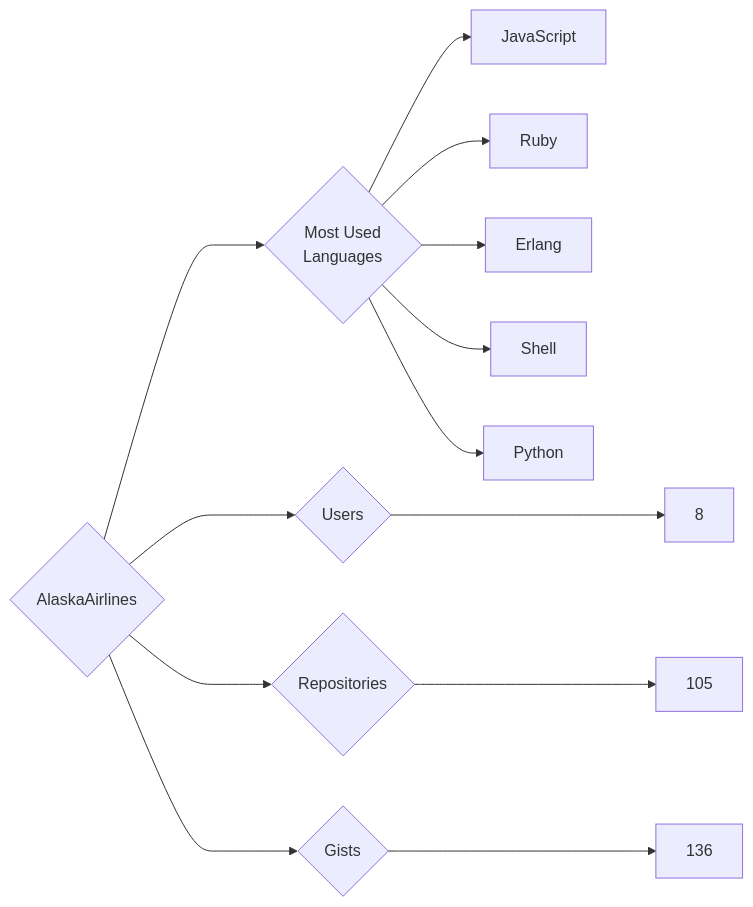
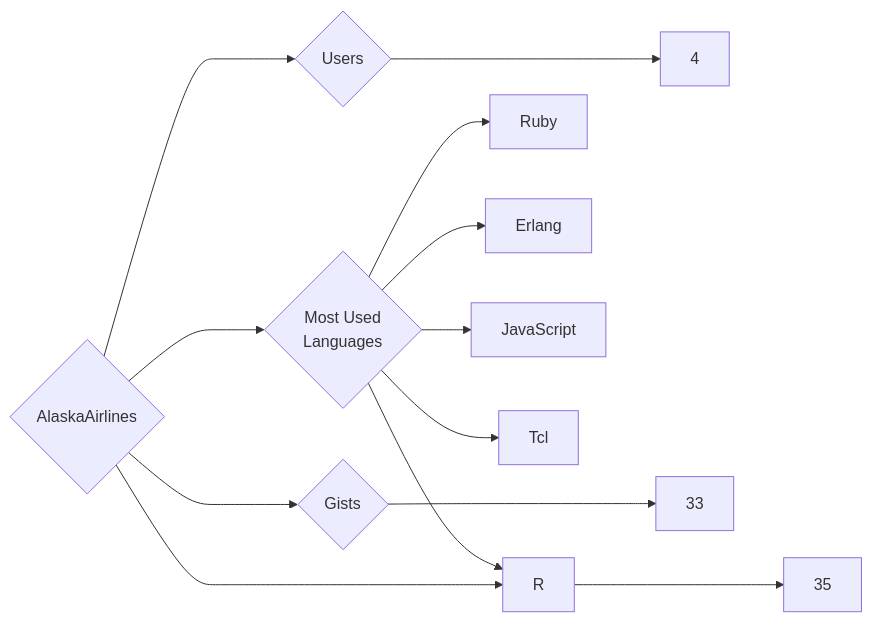
One commit to trickest/insiders changed the diagram in targets/AlaskaAirlines/README.md. Above: the diagram before and after it, drawn with Mermaid. The commit also changed 1166 other files, not shown here.

````diff
--- a/targets/AlaskaAirlines/README.md
+++ b/targets/AlaskaAirlines/README.md
@@ -3,13 +3,13 @@
 ```mermaid
 graph LR
 COMPANY_NAME{AlaskaAirlines}
-COMPANY_NAME ---> U{Users} ---> UN[8]
-COMPANY_NAME ---> R{Repositories} ---> RN[105]
-COMPANY_NAME ---> G{Gists} ---> GN[136]
+COMPANY_NAME ---> U{Users} ---> UN[4]
+COMPANY_NAME ---> R{Repositories} ---> RN[35]
+COMPANY_NAME ---> G{Gists} ---> GN[33]
 COMPANY_NAME ---> ML{Most Used<br>Languages}
-ML --> JavaScript[JavaScript]
 ML --> Ruby[Ruby]
 ML --> Erlang[Erlang]
-ML --> Shell[Shell]
-ML --> Python[Python]
+ML --> JavaScript[JavaScript]
+ML --> Tcl[Tcl]
+ML --> R[R]
 ```
````
